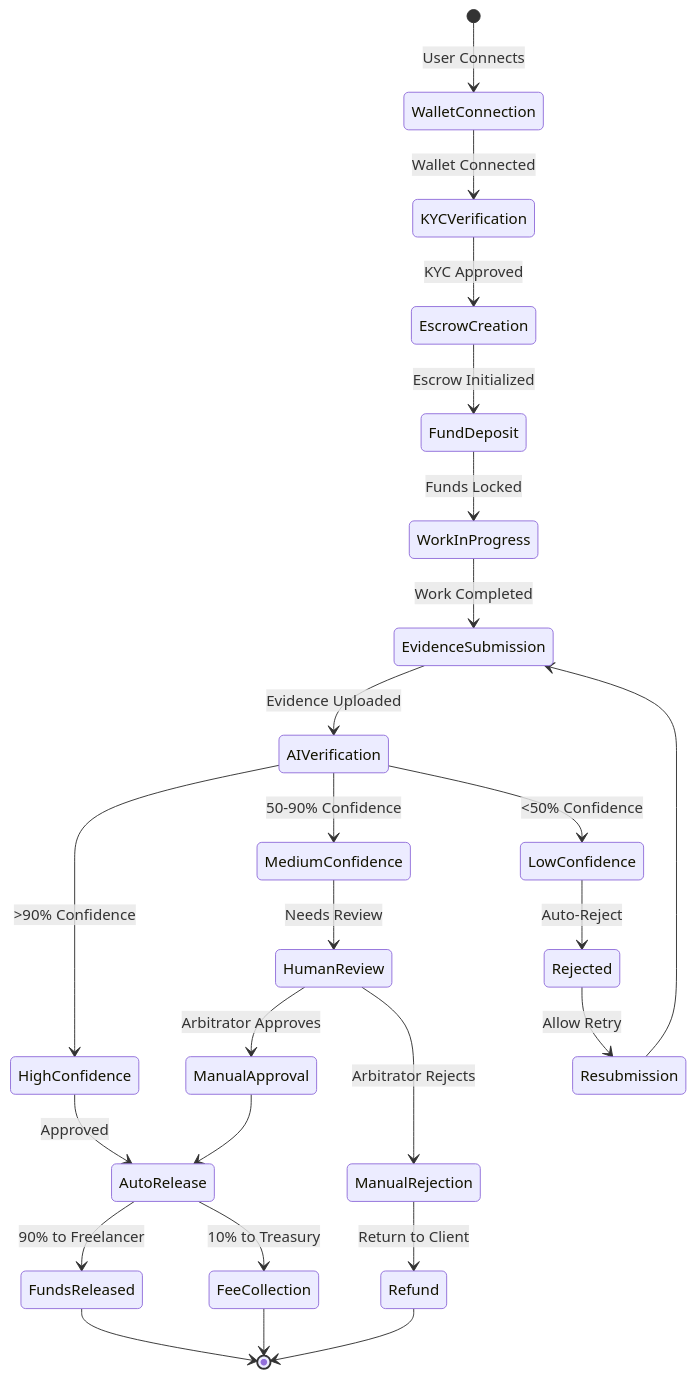
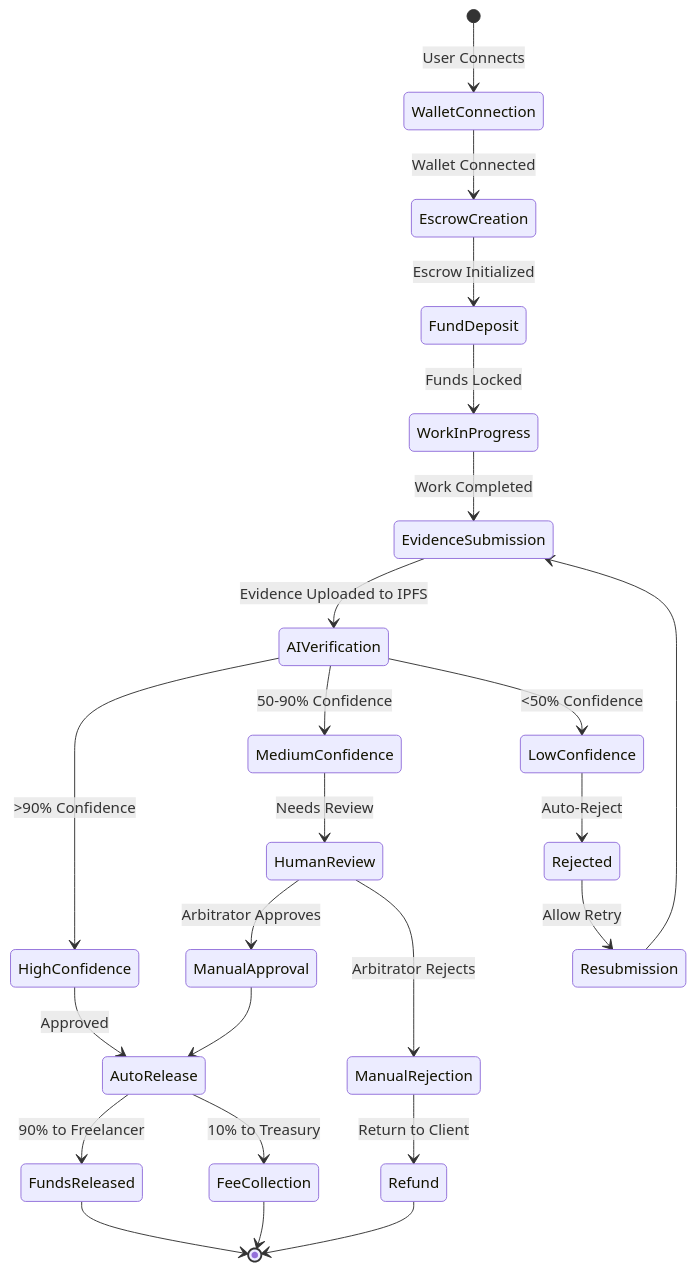
Before and after one commit to De-real-iManuel/aetherlock-docs: the third of 14 diagrams in technical-architecture.mdx, drawn with Mermaid. The commit also changed other lines of this file and 144 other files, not shown here.

````diff
--- a/technical-architecture.mdx
+++ b/technical-architecture.mdx
@@ -1092,35 +525,34 @@
 ```mermaid
 stateDiagram-v2
     [*] --> WalletConnection: User Connects
-    WalletConnection --> KYCVerification: Wallet Connected
-    KYCVerification --> EscrowCreation: KYC Approved
+    WalletConnection --> EscrowCreation: Wallet Connected
     
     EscrowCreation --> FundDeposit: Escrow Initialized
     FundDeposit --> WorkInProgress: Funds Locked
     
     WorkInProgress --> EvidenceSubmission: Work Completed
-    EvidenceSubmission --> AIVerification: Evidence Uploaded
+    EvidenceSubmission --> AIVerification: Evidence Uploaded to IPFS
     
     AIVerification --> HighConfidence: >90% Confidence
     AIVerification --> MediumConfidence: 50-90% Confidence
     AIVerification --> LowConfidence: <50% Confidence
     
     HighConfidence --> AutoRelease: Approved
     MediumConfidence --> HumanReview: Needs Review
     LowConfidence --> Rejected: Auto-Reject
     
     HumanReview --> ManualApproval: Arbitrator Approves
     HumanReview --> ManualRejection: Arbitrator Rejects
     
     ManualApproval --> AutoRelease
     AutoRelease --> FundsReleased: 90% to Freelancer
     AutoRelease --> FeeCollection: 10% to Treasury
     
     ManualRejection --> Refund: Return to Client
     Rejected --> Resubmission: Allow Retry
     Resubmission --> EvidenceSubmission
     
     FundsReleased --> [*]
     FeeCollection --> [*]
     Refund --> [*]
 ```
````
